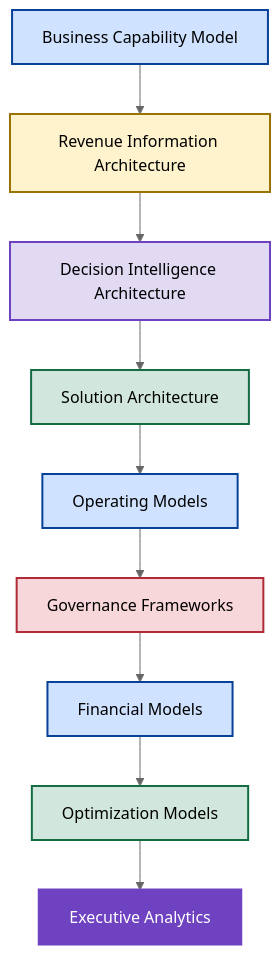
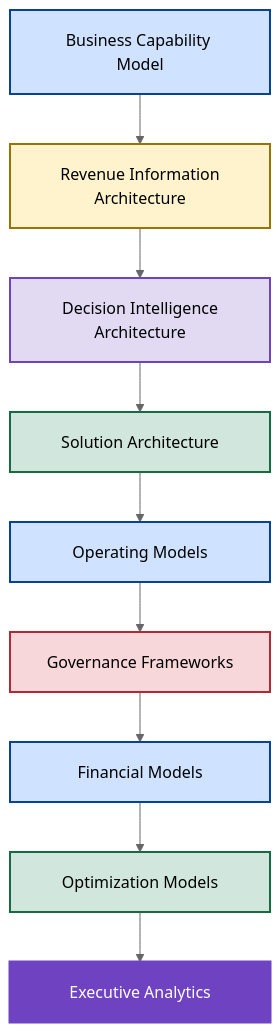
The first of 4 diagrams in README.md (AwesomeAnil/newbridge-saas-operating-system), drawn with Mermaid (neutral theme) before and after one commit. The commit also changed other lines of this file, not shown here.

````diff
--- a/README.md
+++ b/README.md
@@ -44,39 +44,23 @@
 ```mermaid
 flowchart TD
 
-A["Business Capability Model"]
+    A["<table><tr><td width='350' align='center'>Business Capability Model</td></tr></table>"] --> B["<table><tr><td width='350' align='center'>Revenue Information<br/>Architecture</td></tr></table>"]
+    B --> C["<table><tr><td width='350' align='center'>Decision Intelligence<br/>Architecture</td></tr></table>"]
+    C --> D["<table><tr><td width='350' align='center'>Solution Architecture</td></tr></table>"]
+    D --> E["<table><tr><td width='350' align='center'>Operating Models</td></tr></table>"]
+    E --> F["<table><tr><td width='350' align='center'>Governance Frameworks</td></tr></table>"]
+    F --> G["<table><tr><td width='350' align='center'>Financial Models</td></tr></table>"]
+    G --> H["<table><tr><td width='350' align='center'>Optimization Models</td></tr></table>"]
+    H --> I["<table><tr><td width='350' align='center'>Executive Analytics</td></tr></table>"]
 
---> B["Revenue Information Architecture"]
-
---> C["Decision Intelligence Architecture"]
-
---> D["Solution Architecture"]
-
---> E["Operating Models"]
-
---> F["Governance Frameworks"]
-
---> G["Financial Models"]
-
---> H["Optimization Models"]
-
---> I["Executive Analytics"]
-
-style A fill:#cfe2ff,stroke:#084298,stroke-width:2px
-
-style B fill:#fff3cd,stroke:#997404,stroke-width:2px
-
-style C fill:#e2d9f3,stroke:#6f42c1,stroke-width:2px
-
-style D fill:#d1e7dd,stroke:#146c43,stroke-width:2px
-
-style E fill:#cfe2ff,stroke:#084298,stroke-width:2px
-
-style F fill:#f8d7da,stroke:#b02a37,stroke-width:2px
-
-style G fill:#cfe2ff,stroke:#084298,stroke-width:2px
-
-style H fill:#d1e7dd,stroke:#146c43,stroke-width:2px
-
-style I fill:#6f42c1,color:#ffffff,stroke:#6f42c1,stroke-width:3px
+    %% Individual Node Color Overrides
+    style A fill:#cfe2ff,stroke:#084298,stroke-width:2px
+    style B fill:#fff3cd,stroke:#997404,stroke-width:2px
+    style C fill:#e2d9f3,stroke:#6f42c1,stroke-width:2px
+    style D fill:#d1e7dd,stroke:#146c43,stroke-width:2px
+    style E fill:#cfe2ff,stroke:#084298,stroke-width:2px
+    style F fill:#f8d7da,stroke:#b02a37,stroke-width:2px
+    style G fill:#cfe2ff,stroke:#084298,stroke-width:2px
+    style H fill:#d1e7dd,stroke:#146c43,stroke-width:2px
+    style I fill:#6f42c1,color:#ffffff,stroke:#6f42c1,stroke-width:3px
 ```
````
